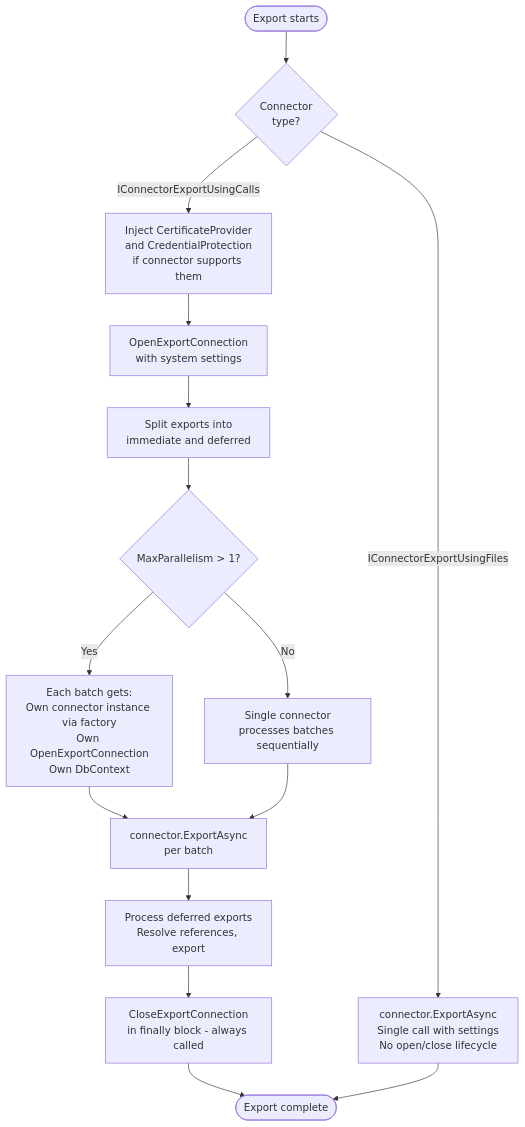
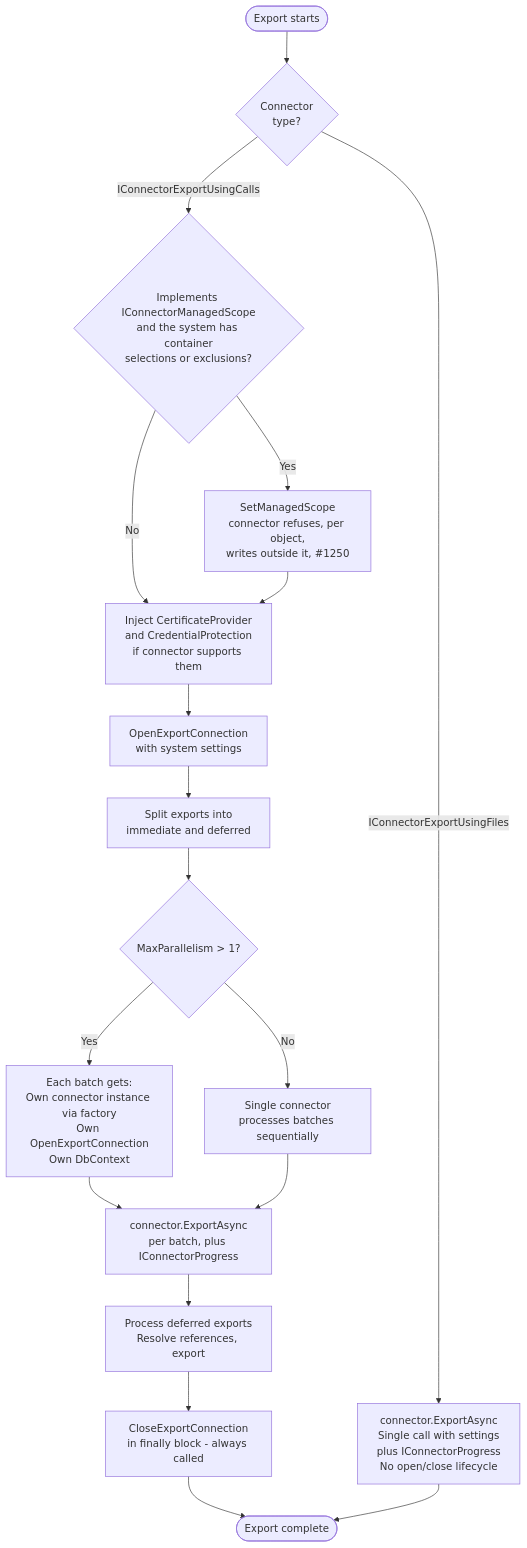
Before and after one commit to TetronIO/JIM: the fifth of 7 diagrams in docs/developer/diagrams/CONNECTOR_LIFECYCLE.md, drawn with Mermaid. The commit also changed other lines of this file and 49 other files, not shown here.

Commit message:
docs: update documentation, diagrams and changelog for v0.15.0 release

````diff
--- a/docs/developer/diagrams/CONNECTOR_LIFECYCLE.md
+++ b/docs/developer/diagrams/CONNECTOR_LIFECYCLE.md
@@ -89,25 +121,28 @@
 ```mermaid
 flowchart TD
     Start([Export starts]) --> CheckType{Connector<br/>type?}
 
     %% --- Call-based connector ---
-    CheckType -->|IConnectorExportUsingCalls| InjectCert[Inject CertificateProvider<br/>and CredentialProtection<br/>if connector supports them]
+    CheckType -->|IConnectorExportUsingCalls| ManagedScope{Implements IConnectorManagedScope<br/>and the system has container<br/>selections or exclusions?}
+    ManagedScope -->|Yes| SetScope[SetManagedScope<br/>connector refuses, per object,<br/>writes outside it, #1250]
+    ManagedScope -->|No| InjectCert
+    SetScope --> InjectCert[Inject CertificateProvider<br/>and CredentialProtection<br/>if connector supports them]
     InjectCert --> Open[OpenExportConnection<br/>with system settings]
 
     Open --> SplitExports[Split exports into<br/>immediate and deferred]
     SplitExports --> CheckParallel{MaxParallelism > 1?}
 
     CheckParallel -->|Yes| ParallelExport[Each batch gets:<br/>Own connector instance via factory<br/>Own OpenExportConnection<br/>Own DbContext]
     CheckParallel -->|No| SequentialExport[Single connector<br/>processes batches sequentially]
 
-    ParallelExport --> BatchLoop[connector.ExportAsync<br/>per batch]
+    ParallelExport --> BatchLoop[connector.ExportAsync<br/>per batch, plus IConnectorProgress]
     SequentialExport --> BatchLoop
 
     BatchLoop --> Deferred[Process deferred exports<br/>Resolve references, export]
     Deferred --> CloseExport[CloseExportConnection<br/>in finally block - always called]
     CloseExport --> Done([Export complete])
 
     %% --- File-based connector ---
-    CheckType -->|IConnectorExportUsingFiles| FileExport[connector.ExportAsync<br/>Single call with settings<br/>No open/close lifecycle]
+    CheckType -->|IConnectorExportUsingFiles| FileExport[connector.ExportAsync<br/>Single call with settings<br/>plus IConnectorProgress<br/>No open/close lifecycle]
     FileExport --> Done
 ```
````
